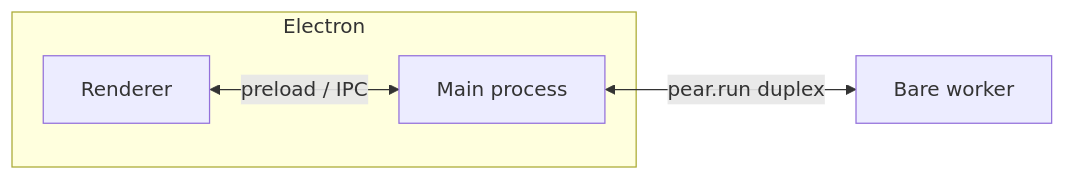
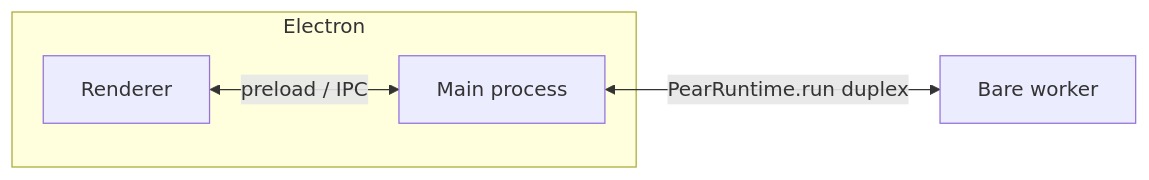
The diagram in content/explanation/pear-desktop-architecture.mdx (holepunchto/pear-docs), drawn with Mermaid before and after one commit. The commit also changed other lines of this file and 532 other files, not shown here.

````diff
--- a/content/explanation/pear-desktop-architecture.mdx
+++ b/content/explanation/pear-desktop-architecture.mdx
@@ -20,11 +32,11 @@
 ```mermaid
 flowchart LR
   subgraph Electron
     R[Renderer]
     M[Main process]
   end
   W[Bare worker]
 
   R <-->|preload / IPC| M
-  M <-->|pear.run duplex| W
+  M <-->|PearRuntime.run duplex| W
 ```
````
